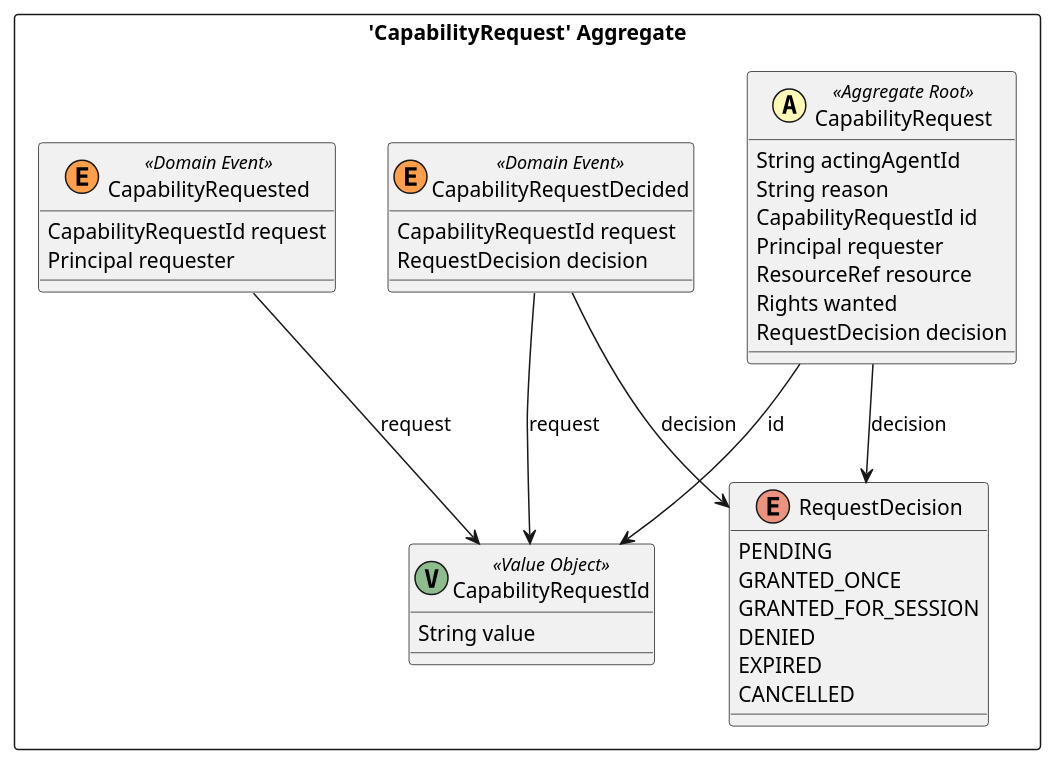
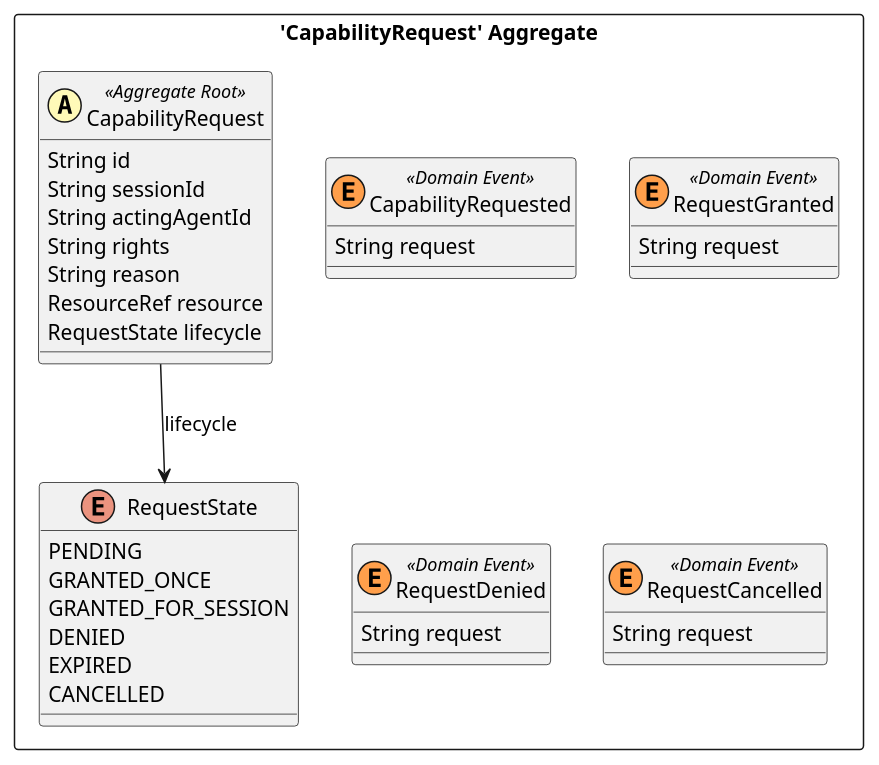
Before and after one commit to phibkro/agent-hypervisor: the diagram in domain/out/agent-hypervisor_BC_Authority_CapabilityRequest.puml, drawn with PlantUML. The commit also changed 42 other files, not shown here.

First line of the commit message:
Domain model draft 4: discovery pass (user stories, subdomain nouns, lifecycle flows), four contexts

```diff
--- a/domain/out/agent-hypervisor_BC_Authority_CapabilityRequest.puml
+++ b/domain/out/agent-hypervisor_BC_Authority_CapabilityRequest.puml
@@ -1,42 +1,39 @@
 @startuml
 
 skinparam componentStyle uml2
 
 package "'CapabilityRequest' Aggregate" <<Rectangle>> {
 	class CapabilityRequest <<(A,#fffab8) Aggregate Root>> {
+		String id
+		String sessionId
 		String actingAgentId
+		String rights
 		String reason
-		CapabilityRequestId id
-		Principal requester
 		ResourceRef resource
-		Rights wanted
-		RequestDecision decision
+		RequestState lifecycle
 	}
-	class CapabilityRequestId <<(V,DarkSeaGreen) Value Object>> {
-		String value
-	}
-	enum RequestDecision {
+	enum RequestState {
 		PENDING
 		GRANTED_ONCE
 		GRANTED_FOR_SESSION
 		DENIED
 		EXPIRED
 		CANCELLED
 	}
 	class CapabilityRequested <<(E,#ff9f4b) Domain Event>> {
-		CapabilityRequestId request
-		Principal requester
+		String request
 	}
-	class CapabilityRequestDecided <<(E,#ff9f4b) Domain Event>> {
-		CapabilityRequestId request
-		RequestDecision decision
+	class RequestGranted <<(E,#ff9f4b) Domain Event>> {
+		String request
+	}
+	class RequestDenied <<(E,#ff9f4b) Domain Event>> {
+		String request
+	}
+	class RequestCancelled <<(E,#ff9f4b) Domain Event>> {
+		String request
 	}
 }
-CapabilityRequested --> CapabilityRequestId : request
-CapabilityRequest --> RequestDecision : decision
-CapabilityRequestDecided --> CapabilityRequestId : request
-CapabilityRequestDecided --> RequestDecision : decision
-CapabilityRequest --> CapabilityRequestId : id
+CapabilityRequest --> RequestState : lifecycle
 
 
 @enduml
```
